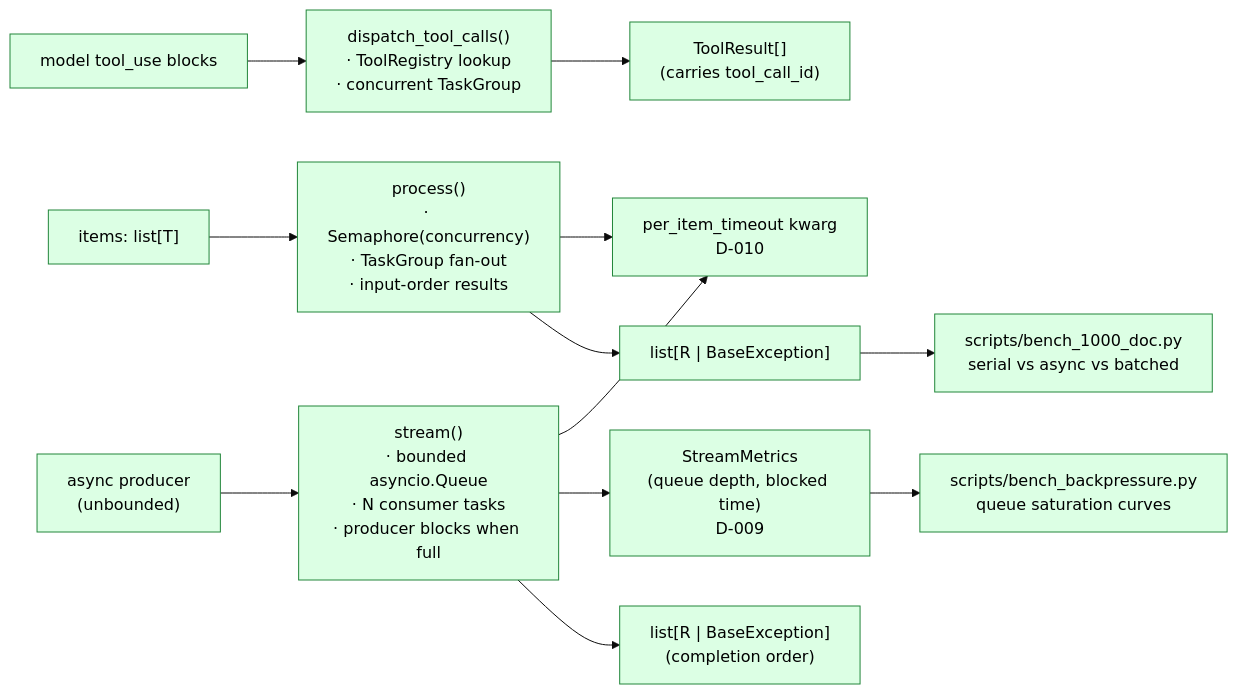
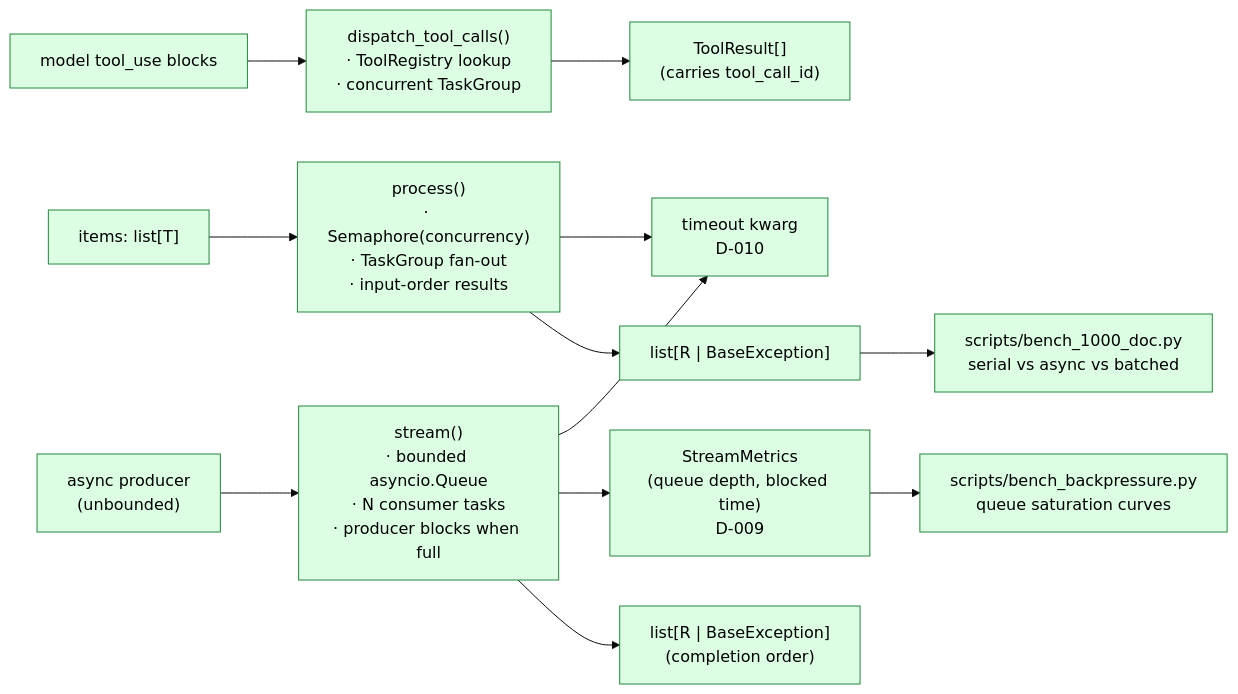
Before and after one commit to jt-mchorse/python-async-llm-pipelines: the first of 6 diagrams in docs/architecture.md, drawn with Mermaid (base theme). The commit also changed other lines of this file and 3 other files, not shown here.

First line of the commit message:
docs(architecture): fix nonexistent per_item_timeout kwarg + lock it (#70) (#71)

````diff
--- a/docs/architecture.md
+++ b/docs/architecture.md
@@ -11,20 +11,20 @@
 ```mermaid
 flowchart LR
     classDef shipped fill:#dcffe4,stroke:#22863a,color:#000
 
     Items["items: list[T]"]:::shipped --> Process["process()<br/>· Semaphore(concurrency)<br/>· TaskGroup fan-out<br/>· input-order results"]:::shipped
     Process --> Out["list[R | BaseException]"]:::shipped
 
     Source["async producer<br/>(unbounded)"]:::shipped --> Stream["stream()<br/>· bounded asyncio.Queue<br/>· N consumer tasks<br/>· producer blocks when full"]:::shipped
     Stream --> Out2["list[R | BaseException]<br/>(completion order)"]:::shipped
 
     TC["model tool_use blocks"]:::shipped --> Disp["dispatch_tool_calls()<br/>· ToolRegistry lookup<br/>· concurrent TaskGroup"]:::shipped
     Disp --> TR["ToolResult[]<br/>(carries tool_call_id)"]:::shipped
 
     Stream --> Met["StreamMetrics<br/>(queue depth, blocked time)<br/>D-009"]:::shipped
-    Process --> TO["per_item_timeout kwarg<br/>D-010"]:::shipped
+    Process --> TO["timeout kwarg<br/>D-010"]:::shipped
     Stream --> TO
 
     Out --> Bench["scripts/bench_1000_doc.py<br/>serial vs async vs batched"]:::shipped
     Met --> Bench2["scripts/bench_backpressure.py<br/>queue saturation curves"]:::shipped
 ```
````
